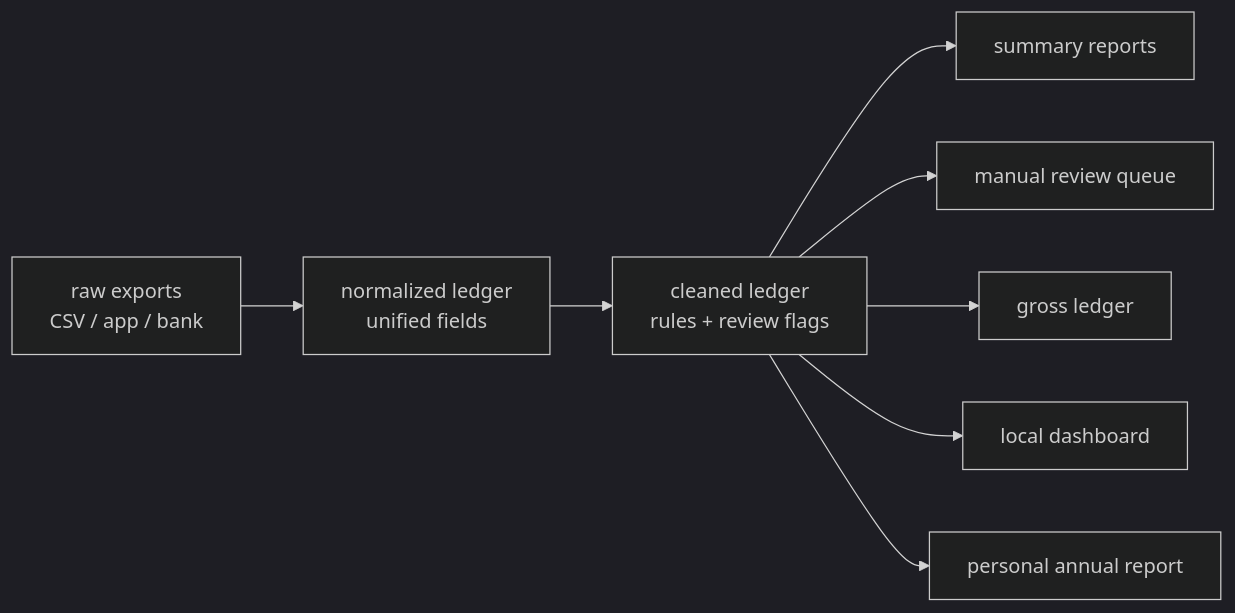
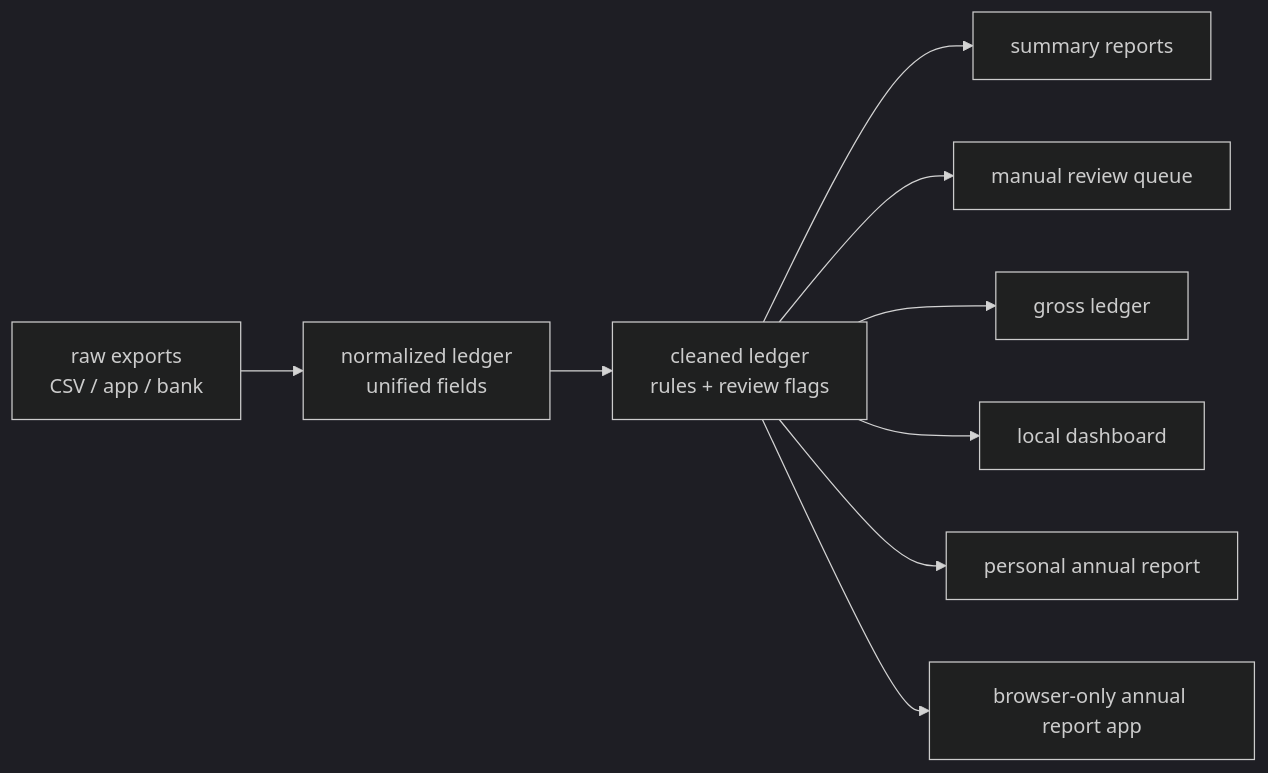
The diagram in README.md (sugarfolds/personal-ledger-pipeline), drawn with Mermaid (dark theme) before and after one commit. The commit also changed other lines of this file and 23 other files, not shown here.

Commit message:
Add local annual report product workflow

````diff
--- a/README.md
+++ b/README.md
@@ -58,10 +97,11 @@
 ```mermaid
 flowchart LR
   A["raw exports<br/>CSV / app / bank"] --> B["normalized ledger<br/>unified fields"]
   B --> C["cleaned ledger<br/>rules + review flags"]
   C --> D["summary reports"]
   C --> E["manual review queue"]
   C --> F["gross ledger"]
   C --> G["local dashboard"]
   C --> H["personal annual report"]
+  C --> I["browser-only annual report app"]
 ```
````
